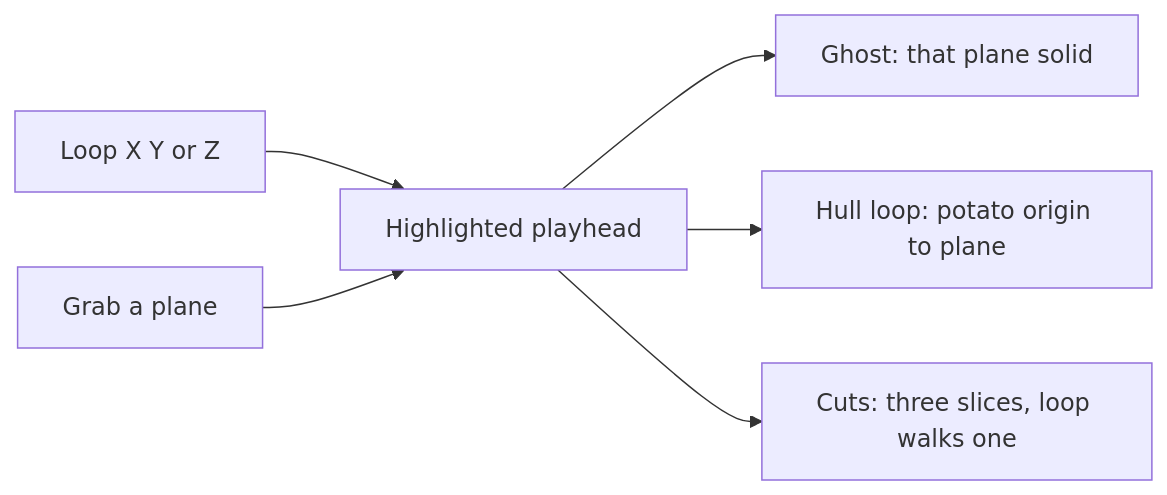
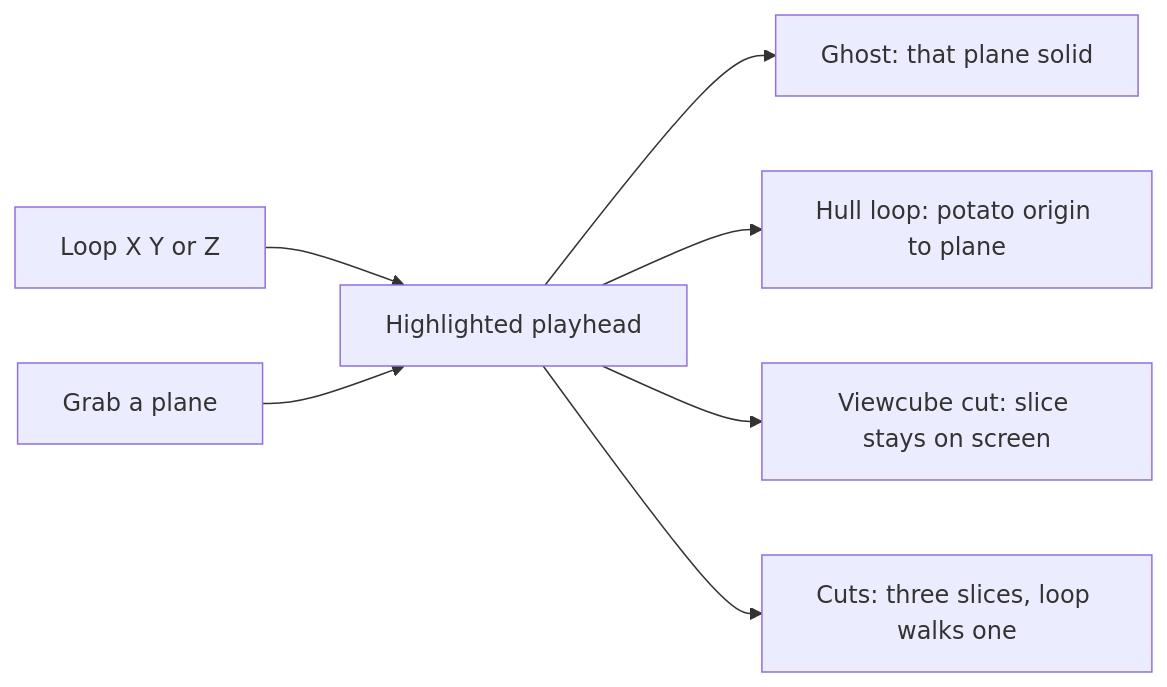
Before and after one commit to PiMaV/DONNER: the seventh of 21 diagrams in docs/gui.md, drawn with Mermaid. The commit also changed other lines of this file and 33 other files, not shown here.

````diff
--- a/docs/gui.md
+++ b/docs/gui.md
@@ -286,11 +302,12 @@
 ```mermaid
 flowchart LR
   xyz[Loop X Y or Z]
   grab[Grab a plane]
   axis[Highlighted playhead]
   xyz --> axis
   grab --> axis
   axis --> ghost[Ghost: that plane solid]
   axis --> hull[Hull loop: potato origin to plane]
+  axis --> cutCine[Viewcube cut: slice stays on screen]
   axis --> cuts[Cuts: three slices, loop walks one]
 ```
````
